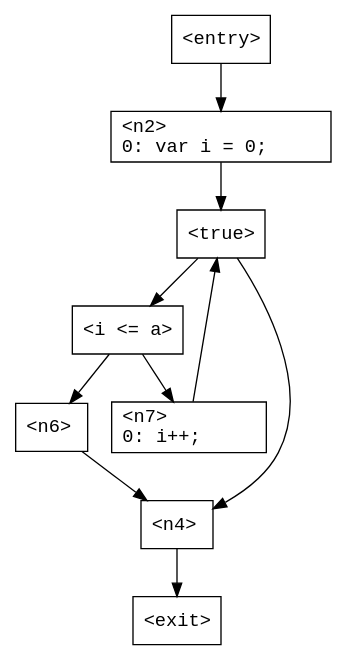
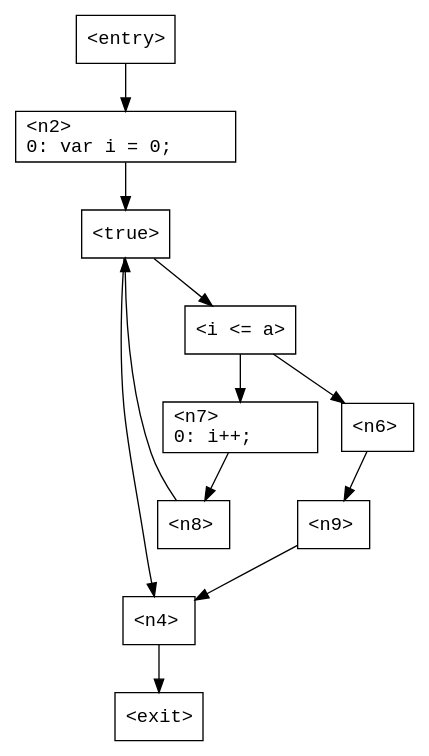
Before and after one commit to ashalkhakov/Tarp: the diagram in TarpTests/Cfg/Data/TestWhileContinue.gv, drawn with Graphviz. The commit also changed 13 other files, not shown here.

First line of the commit message:
Implement break/continue. Allow temporary 'join' nodes in the graph.

```diff
--- a/TarpTests/Cfg/Data/TestWhileContinue.gv
+++ b/TarpTests/Cfg/Data/TestWhileContinue.gv
@@ -1,36 +1,44 @@
 digraph G
 {
     n0 [ shape = "box"
              fontname = "Monospace"
              label = "<entry>\l" ];
       n0 -> n2;
     n1 [ shape = "box"
              fontname = "Monospace"
              label = "<exit>\l" ];
     n2 [ shape = "box"
              fontname = "Monospace"
              label = "<n2>\l0:	var i = 0;\l" ];
       n2 -> n3;
     n3 [ shape = "box"
              fontname = "Monospace"
              label = "<true>\l" ];
       n3 -> n5;
       n3 -> n4;
     n4 [ shape = "box"
              fontname = "Monospace"
              label = "<n4>\l" ];
       n4 -> n1;
     n5 [ shape = "box"
              fontname = "Monospace"
              label = "<i <= a>\l" ];
       n5 -> n7;
       n5 -> n6;
     n6 [ shape = "box"
              fontname = "Monospace"
              label = "<n6>\l" ];
-      n6 -> n4;
+      n6 -> n9;
     n7 [ shape = "box"
              fontname = "Monospace"
              label = "<n7>\l0:	i++;\l" ];
-      n7 -> n3;
+      n7 -> n8;
+    n8 [ shape = "box"
+             fontname = "Monospace"
+             label = "<n8>\l" ];
+      n8 -> n3;
+    n9 [ shape = "box"
+             fontname = "Monospace"
+             label = "<n9>\l" ];
+      n9 -> n4;
 }
```
